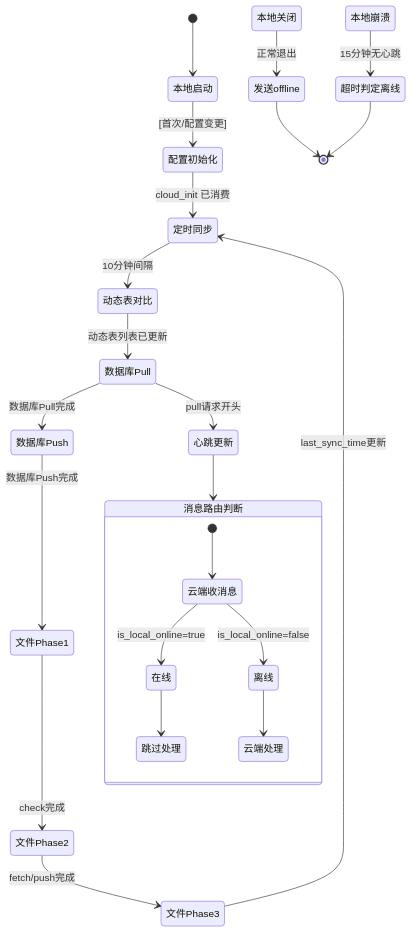
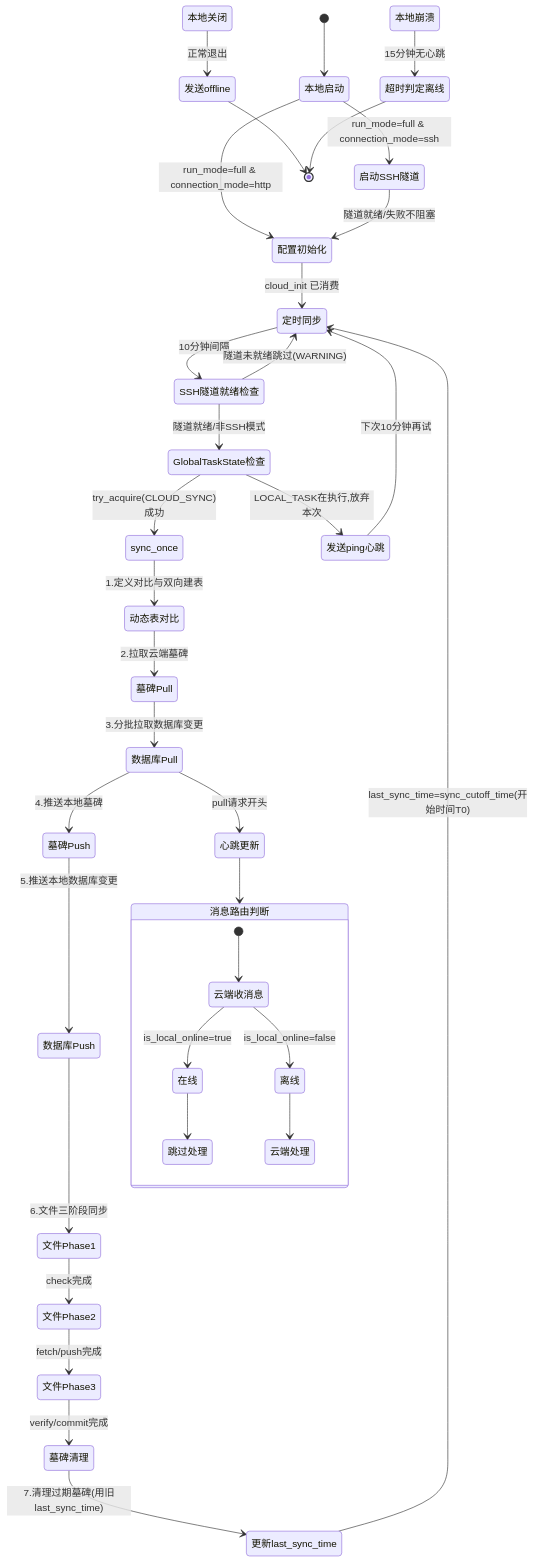
Before and after one commit to nikonikoni4/LifePrism: the diagram in docs/flows/2026-07-11-data-sync-flow.md, drawn with Mermaid. The commit also changed other lines of this file and 7 other files, not shown here.

````diff
--- a/docs/flows/2026-07-11-data-sync-flow.md
+++ b/docs/flows/2026-07-11-data-sync-flow.md
@@ -95,30 +158,42 @@
 ```mermaid
 stateDiagram-v2
     [*] --> 本地启动
-    本地启动 --> 配置初始化: [首次/配置变更]
+    本地启动 --> 启动SSH隧道: run_mode=full & connection_mode=ssh
+    本地启动 --> 配置初始化: run_mode=full & connection_mode=http
+    启动SSH隧道 --> 配置初始化: 隧道就绪/失败不阻塞
     配置初始化 --> 定时同步: cloud_init 已消费
-    定时同步 --> 动态表对比: 10分钟间隔
-    动态表对比 --> 数据库Pull: 动态表列表已更新
-    数据库Pull --> 数据库Push: 数据库Pull完成
-    数据库Push --> 文件Phase1: 数据库Push完成
+    定时同步 --> SSH隧道就绪检查: 10分钟间隔
+    SSH隧道就绪检查 --> GlobalTaskState检查: 隧道就绪/非SSH模式
+    SSH隧道就绪检查 --> 定时同步: 隧道未就绪跳过(WARNING)
+    GlobalTaskState检查 --> sync_once: try_acquire(CLOUD_SYNC)成功
+    GlobalTaskState检查 --> 发送ping心跳: LOCAL_TASK在执行,放弃本次
+    发送ping心跳 --> 定时同步: 下次10分钟再试
+    sync_once --> 动态表对比: 1.定义对比与双向建表
+    动态表对比 --> 墓碑Pull: 2.拉取云端墓碑
+    墓碑Pull --> 数据库Pull: 3.分批拉取数据库变更
+    数据库Pull --> 墓碑Push: 4.推送本地墓碑
+    墓碑Push --> 数据库Push: 5.推送本地数据库变更
+    数据库Push --> 文件Phase1: 6.文件三阶段同步
     文件Phase1 --> 文件Phase2: check完成
     文件Phase2 --> 文件Phase3: fetch/push完成
-    文件Phase3 --> 定时同步: last_sync_time更新
+    文件Phase3 --> 墓碑清理: verify/commit完成
+    墓碑清理 --> 更新last_sync_time: 7.清理过期墓碑(用旧last_sync_time)
+    更新last_sync_time --> 定时同步: last_sync_time=sync_cutoff_time(开始时间T0)
 
     数据库Pull --> 心跳更新: pull请求开头
     心跳更新 --> 消息路由判断
 
     state 消息路由判断 {
         [*] --> 云端收消息
         云端收消息 --> 在线: is_local_online=true
         云端收消息 --> 离线: is_local_online=false
         在线 --> 跳过处理
         离线 --> 云端处理
     }
 
     本地关闭 --> 发送offline: 正常退出
     发送offline --> [*]
 
     本地崩溃 --> 超时判定离线: 15分钟无心跳
     超时判定离线 --> [*]
 ```
````
